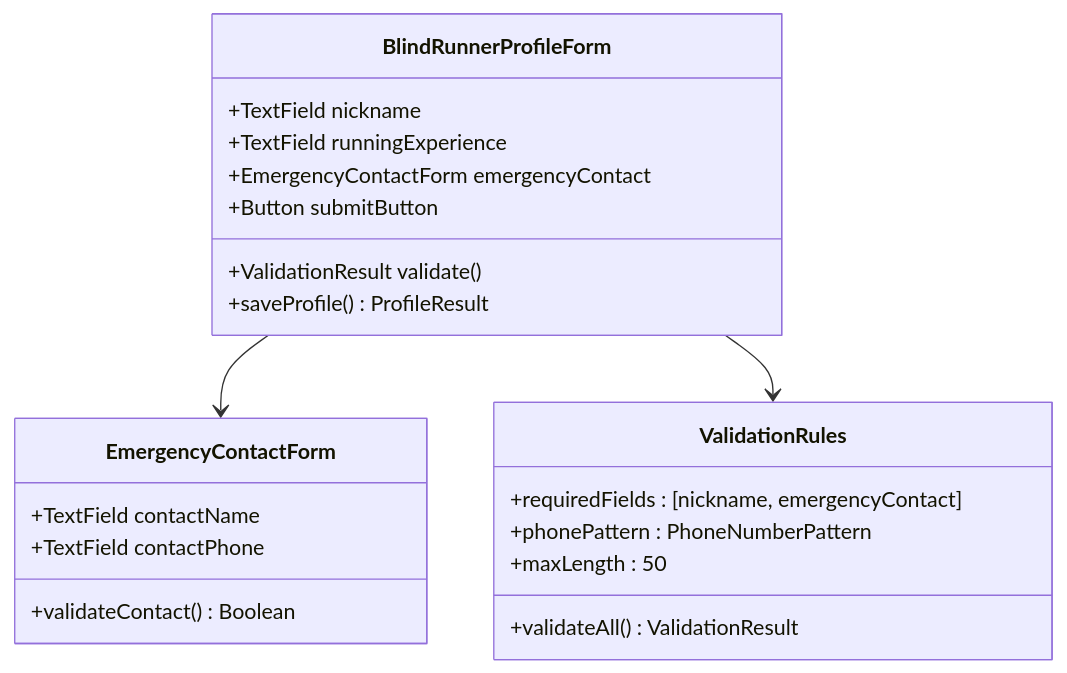
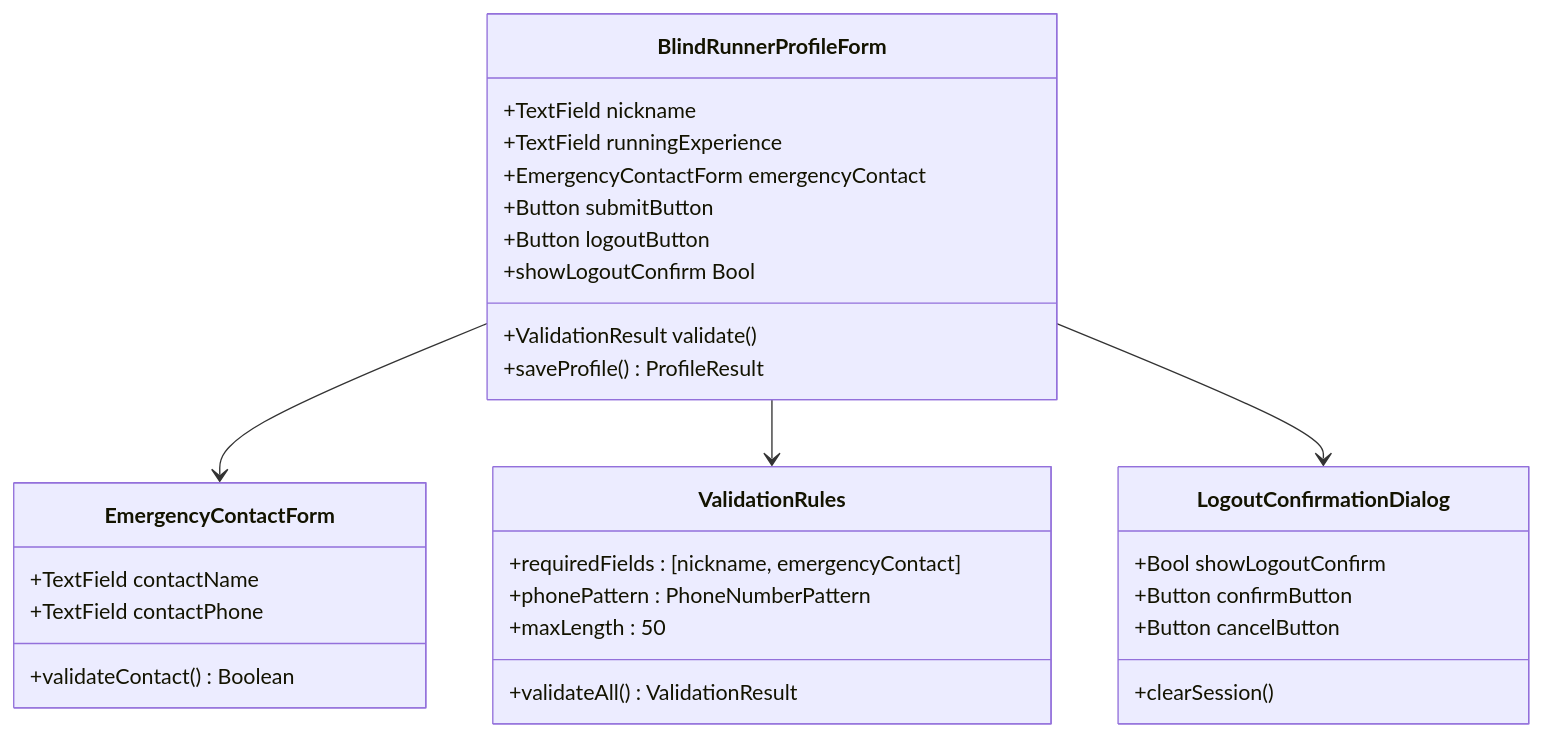
Before and after one commit to Jayden23018/blind-run-ios: the fifth of 13 diagrams in .qoder/repowiki/zh/content/架构设计/模块化架构设计/Profile 个人资料模块.md, drawn with Mermaid. The commit also changed other lines of this file and 9 other files, not shown here.

````diff
--- a/.qoder/repowiki/zh/content/架构设计/模块化架构设计/Profile 个人资料模块.md
+++ b/.qoder/repowiki/zh/content/架构设计/模块化架构设计/Profile 个人资料模块.md
@@ -180,24 +200,33 @@
 ```mermaid
 classDiagram
 class BlindRunnerProfileForm {
 +TextField nickname
 +TextField runningExperience
 +EmergencyContactForm emergencyContact
 +Button submitButton
++Button logoutButton
 +ValidationResult validate()
 +saveProfile() ProfileResult
++showLogoutConfirm Bool
 }
 class EmergencyContactForm {
 +TextField contactName
 +TextField contactPhone
 +validateContact() Boolean
+}
+class LogoutConfirmationDialog {
++Bool showLogoutConfirm
++Button confirmButton
++Button cancelButton
++clearSession()
 }
 class ValidationRules {
 +requiredFields : [nickname, emergencyContact]
 +phonePattern : PhoneNumberPattern
 +maxLength : 50
 +validateAll() ValidationResult
 }
 BlindRunnerProfileForm --> EmergencyContactForm
 BlindRunnerProfileForm --> ValidationRules
+BlindRunnerProfileForm --> LogoutConfirmationDialog
 ```
````
